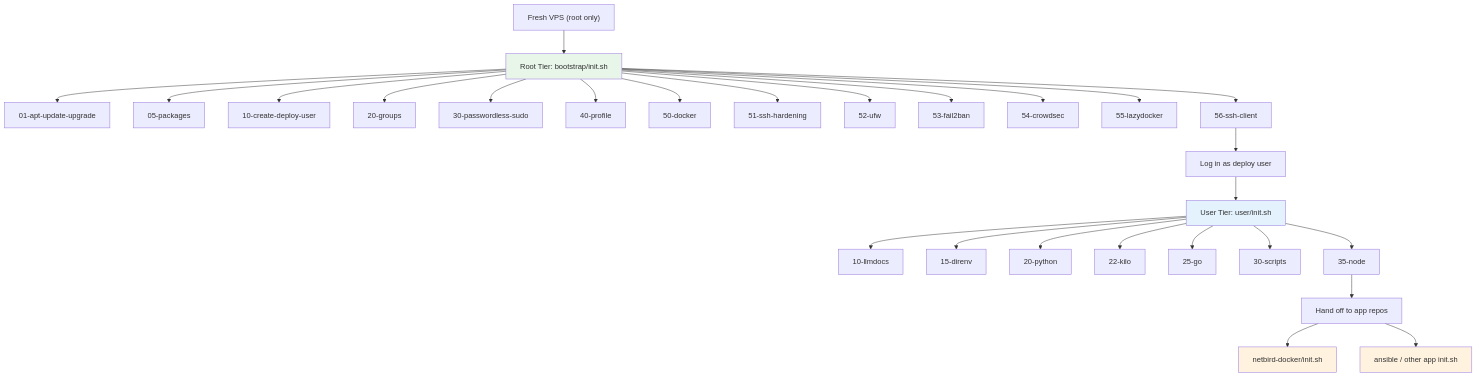
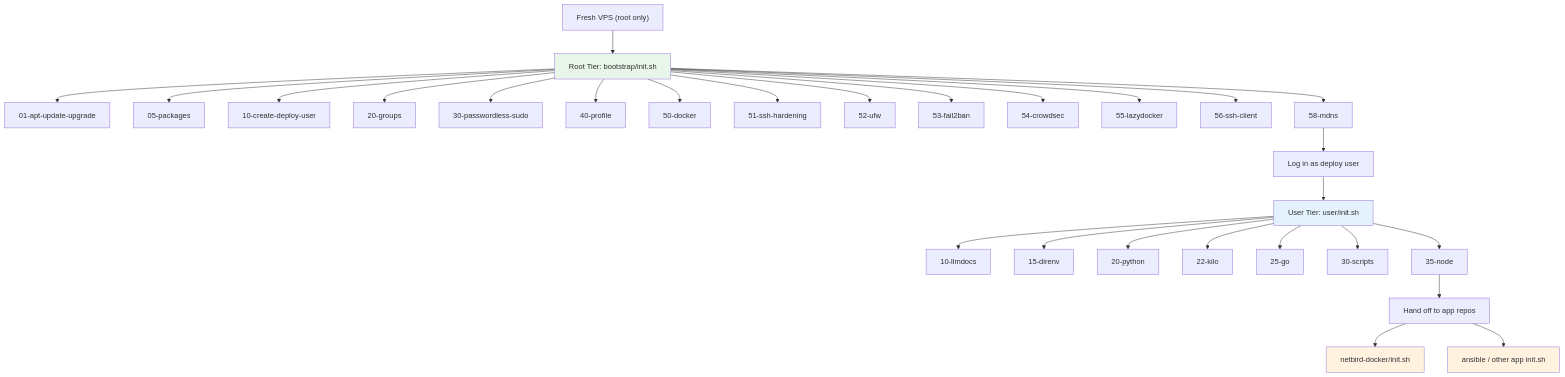
One commit to broadminde-org/bootstrap changed the first of 3 diagrams in codemap.md. Above: the diagram before and after it, drawn with Mermaid. The commit also changed other lines of this file and 3 other files, not shown here.

````diff
--- a/codemap.md
+++ b/codemap.md
@@ -9,36 +9,37 @@
 ```mermaid
 flowchart TD
     A["Fresh VPS (root only)"] --> B["Root Tier: bootstrap/init.sh"]
     B --> C["01-apt-update-upgrade"]
     B --> D["05-packages"]
     B --> E["10-create-deploy-user"]
     B --> F["20-groups"]
     B --> G["30-passwordless-sudo"]
     B --> H["40-profile"]
     B --> I["50-docker"]
     B --> J["51-ssh-hardening"]
     B --> K["52-ufw"]
     B --> L["53-fail2ban"]
-    B --> M["54-crowdsec"]
-    B --> N["55-lazydocker"]
-    B --> N2["56-ssh-client"]
+     B --> M["54-crowdsec"]
+     B --> N["55-lazydocker"]
+     B --> N2["56-ssh-client"]
+     B --> N2b["58-mdns"]
 
-    N2 --> O["Log in as deploy user"]
+     N2b --> O["Log in as deploy user"]
     O --> P["User Tier: user/init.sh"]
     P --> Q["10-llmdocs"]
     P --> Q2["15-direnv"]
     P --> R["20-python"]
     P --> R1b["22-kilo"]
     P --> R2["25-go"]
     P --> S["30-scripts"]
     P --> S2["35-node"]
 
     S2 --> T["Hand off to app repos"]
     T --> U["netbird-docker/init.sh"]
     T --> V["ansible / other app init.sh"]
 
     style B fill:#e8f5e9
     style P fill:#e3f2fd
     style U fill:#fff3e0
     style V fill:#fff3e0
 ```
````
